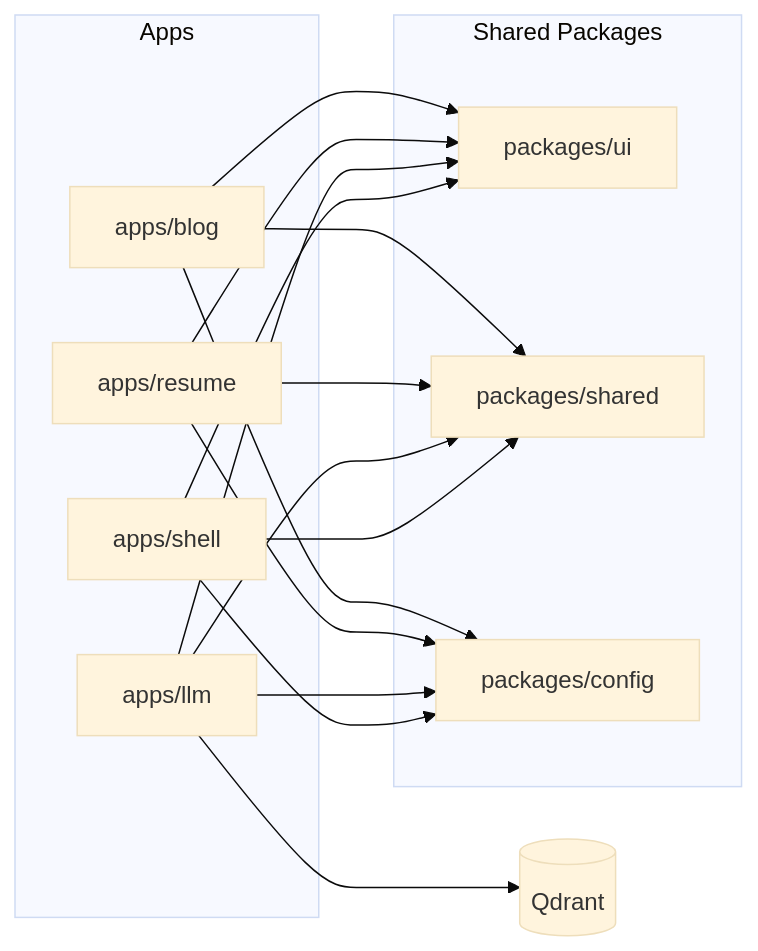
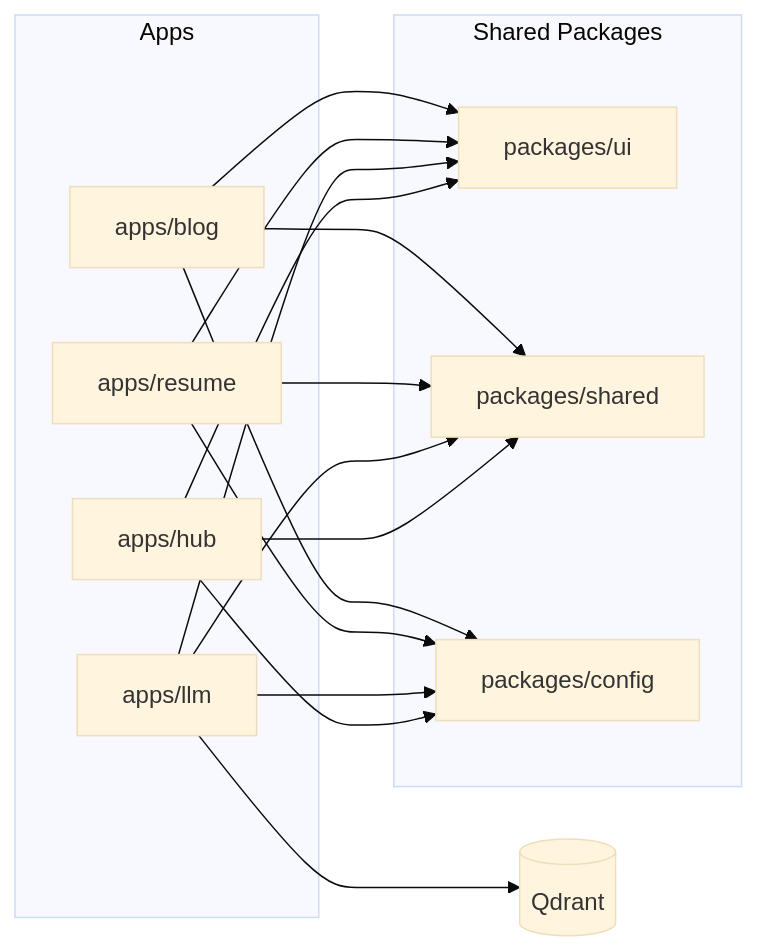
One commit to itjustbong/itjustbong-platform changed the first of 2 diagrams in README.md. Above: the diagram before and after it, drawn with Mermaid (base theme). The commit also changed other lines of this file and 30 other files, not shown here.

Commit message:
feat(hub): replace shell app with link hub service

````diff
--- a/README.md
+++ b/README.md
@@ -35,34 +35,34 @@
 ```mermaid
 graph LR
   subgraph Apps["Apps"]
     BLOG["apps/blog"]
     RESUME["apps/resume"]
     LLM["apps/llm"]
-    SHELL["apps/shell"]
+    HUB["apps/hub"]
   end
 
   subgraph Packages["Shared Packages"]
     UI["packages/ui"]
     SHARED["packages/shared"]
     CONFIG["packages/config"]
   end
 
   QDRANT[("Qdrant")]
 
   BLOG --> UI
   BLOG --> SHARED
   BLOG --> CONFIG
 
   RESUME --> UI
   RESUME --> SHARED
   RESUME --> CONFIG
 
   LLM --> UI
   LLM --> SHARED
   LLM --> CONFIG
   LLM --> QDRANT
 
-  SHELL --> UI
-  SHELL --> SHARED
-  SHELL --> CONFIG
+  HUB --> UI
+  HUB --> SHARED
+  HUB --> CONFIG
 ```
````
